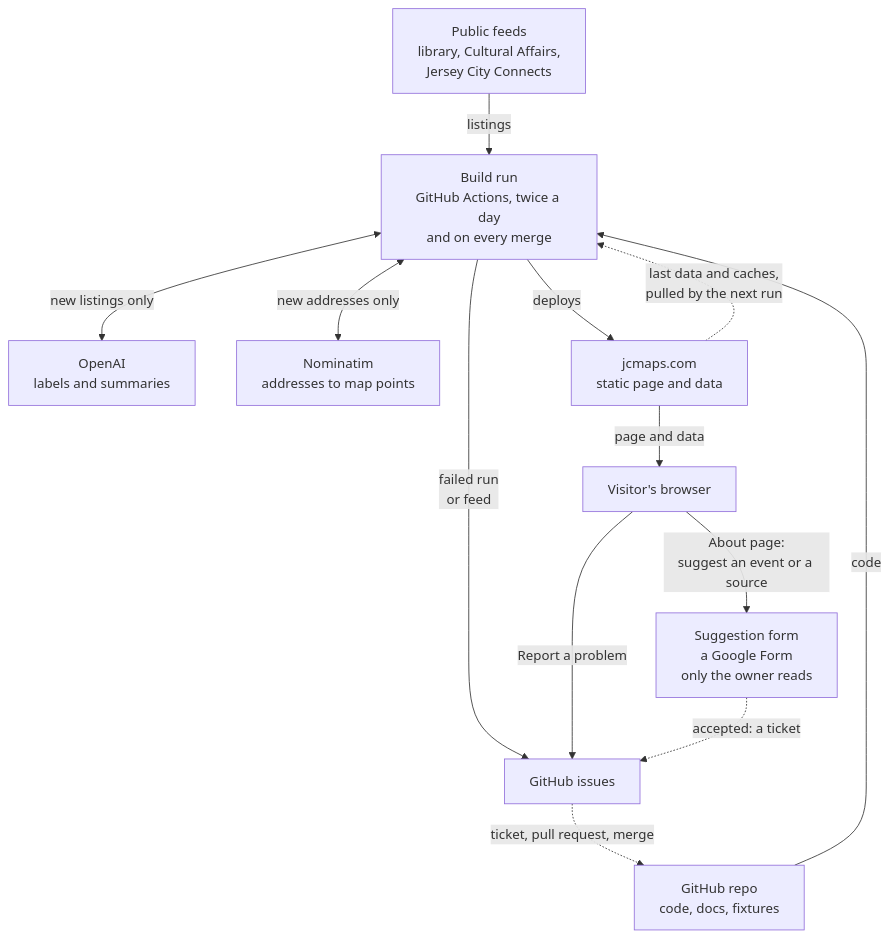
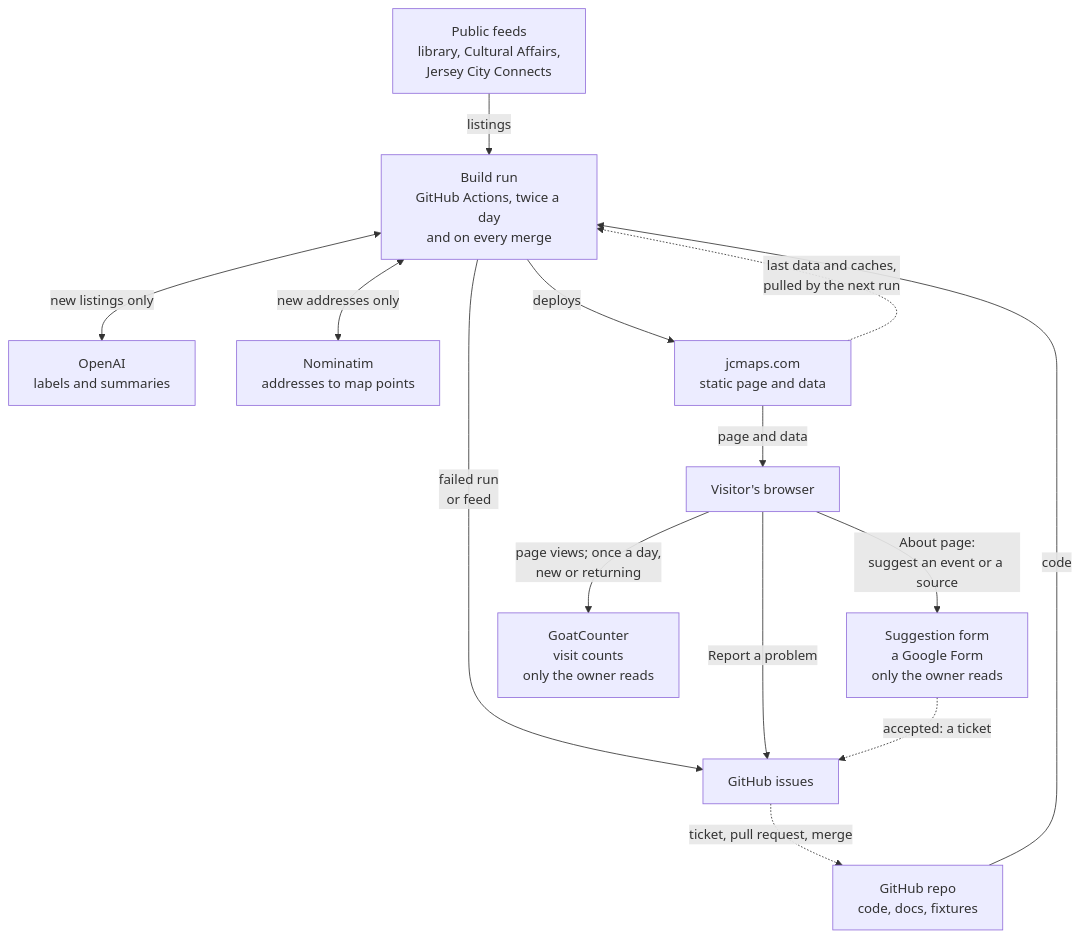
Before and after one commit to taneta/jcmaps: the first of 2 diagrams in docs/how-it-works.md, drawn with Mermaid. The commit also changed other lines of this file and 7 other files, not shown here.

````diff
--- a/docs/how-it-works.md
+++ b/docs/how-it-works.md
@@ -9,26 +9,28 @@
 ```mermaid
 flowchart TD
     %% Mirrors .github/workflows/build.yml. Update it when the run, a trigger or a service changes.
     feeds["Public feeds<br/>library, Cultural Affairs,<br/>Jersey City Connects"]
     repo["GitHub repo<br/>code, docs, fixtures"]
     run["Build run<br/>GitHub Actions, twice a day<br/>and on every merge"]
     openai["OpenAI<br/>labels and summaries"]
     nominatim["Nominatim<br/>addresses to map points"]
     site["jcmaps.com<br/>static page and data"]
     visitor["Visitor's browser"]
     issues["GitHub issues"]
     form["Suggestion form<br/>a Google Form<br/>only the owner reads"]
+    counter["GoatCounter<br/>visit counts<br/>only the owner reads"]
 
     feeds -->|listings| run
     repo -->|code| run
     run <-->|new listings only| openai
     run <-->|new addresses only| nominatim
     run -->|deploys| site
     site -->|page and data| visitor
     run -->|failed run<br/>or feed| issues
     visitor -->|Report a problem| issues
     visitor -->|About page:<br/>suggest an event or a source| form
     form -.->|accepted: a ticket| issues
+    visitor -->|page views; once a day,<br/>new or returning| counter
     site -.->|last data and caches,<br/>pulled by the next run| run
     issues -.->|ticket, pull request, merge| repo
 ```
````
